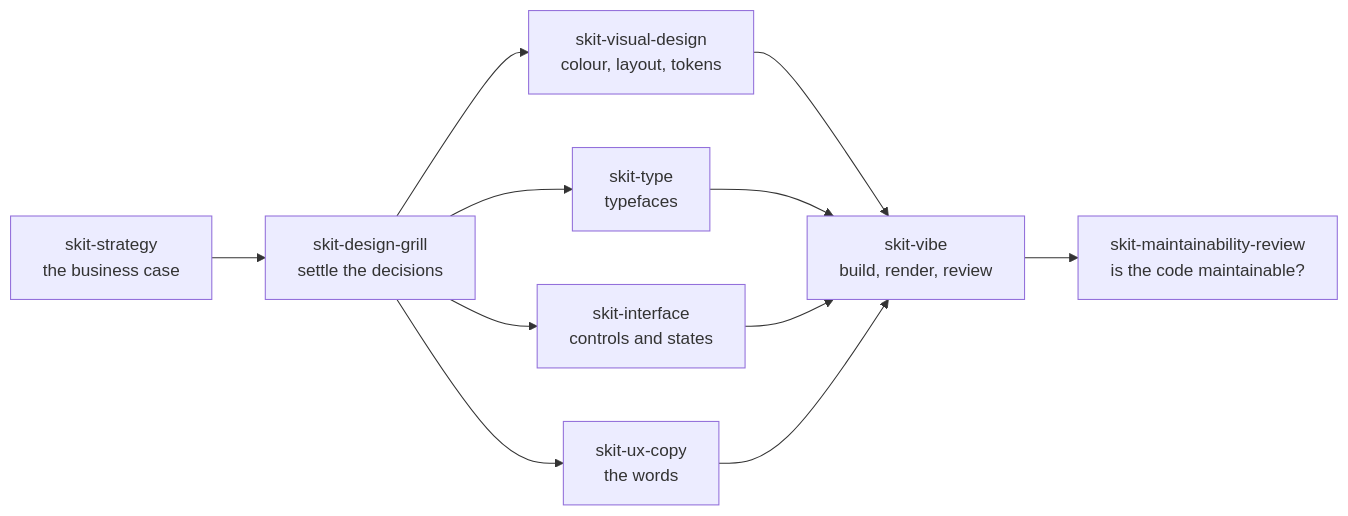
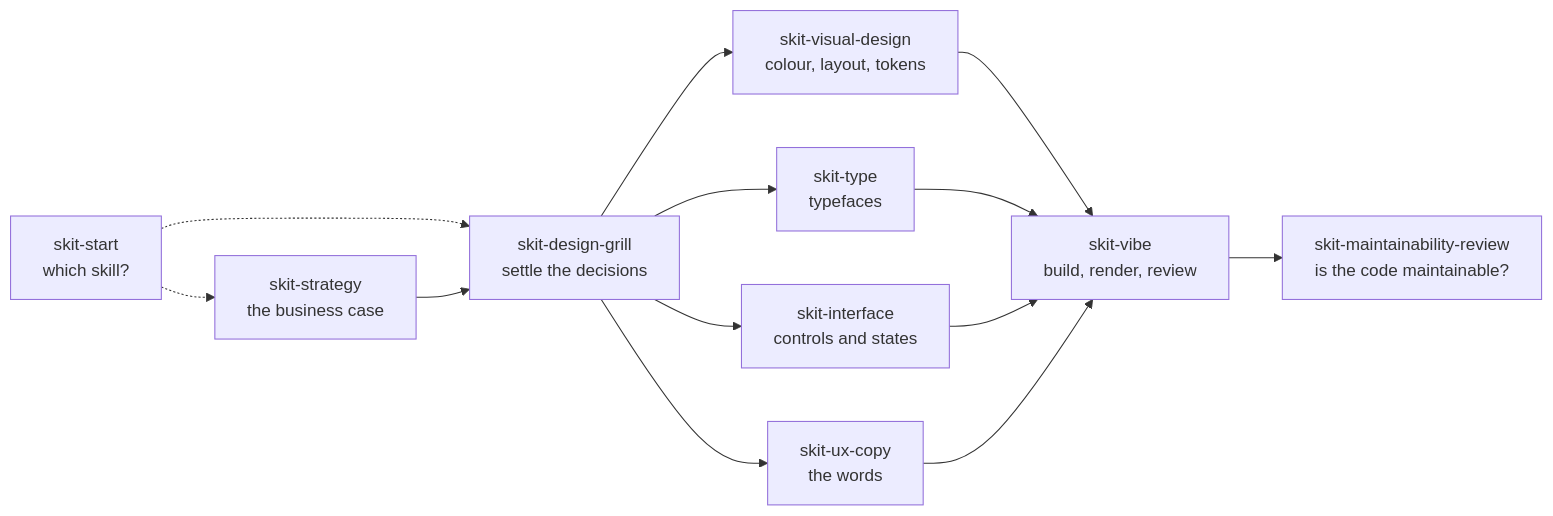
Before and after one commit to sudakshsoti/skit: the diagram in README.md, drawn with Mermaid. The commit also changed other lines of this file and 34 other files, not shown here.

First line of the commit message:
Add skit-start, three-part descriptions and backported improvements (#8)

````diff
--- a/README.md
+++ b/README.md
@@ -40,13 +42,15 @@
 ```mermaid
 flowchart LR
+    ST[skit-start<br/>which skill?] -.-> P
+    ST -.-> G
     P[skit-strategy<br/>the business case] --> G
     G[skit-design-grill<br/>settle the decisions] --> A[skit-visual-design<br/>colour, layout, tokens]
     G --> T[skit-type<br/>typefaces]
     G --> I[skit-interface<br/>controls and states]
     G --> C[skit-ux-copy<br/>the words]
     A --> V[skit-vibe<br/>build, render, review]
     T --> V
     I --> V
     C --> V
     V --> S[skit-maintainability-review<br/>is the code maintainable?]
 ```
````
